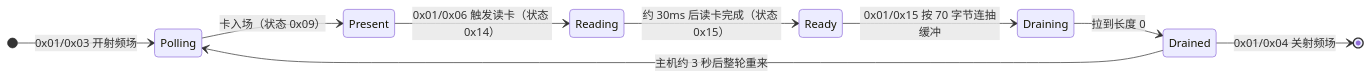
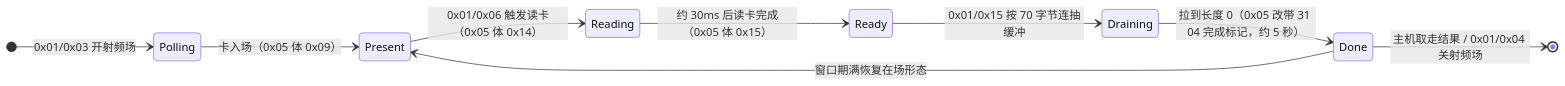
Before and after one commit to slime7/remapad: the third of 6 diagrams in docs/controller-switch2.md, drawn with Mermaid. The commit also changed other lines of this file and 145 other files, not shown here.

Commit message:
feat(pc): PC 侧工具从 Python 迁到 Node.js，图形控制台换 Vue 3 前端

````diff
--- a/docs/controller-switch2.md
+++ b/docs/controller-switch2.md
@@ -724,12 +724,12 @@
 ```mermaid
 stateDiagram-v2
     direction LR
     [*] --> Polling : 0x01/0x03 开射频场
-    Polling --> Present : 卡入场（状态 0x09）
-    Present --> Reading : 0x01/0x06 触发读卡（状态 0x14）
-    Reading --> Ready : 约 30ms 后读卡完成（状态 0x15）
+    Polling --> Present : 卡入场（0x05 体 0x09）
+    Present --> Reading : 0x01/0x06 触发读卡（0x05 体 0x14）
+    Reading --> Ready : 约 30ms 后读卡完成（0x05 体 0x15）
     Ready --> Draining : 0x01/0x15 按 70 字节连抽缓冲
-    Draining --> Drained : 拉到长度 0
-    Drained --> Polling : 主机约 3 秒后整轮重来
-    Drained --> [*] : 0x01/0x04 关射频场
+    Draining --> Done : 拉到长度 0（0x05 改带 31 04 完成标记，约 5 秒）
+    Done --> Present : 窗口期满恢复在场形态
+    Done --> [*] : 主机取走结果 / 0x01/0x04 关射频场
 ```
````
